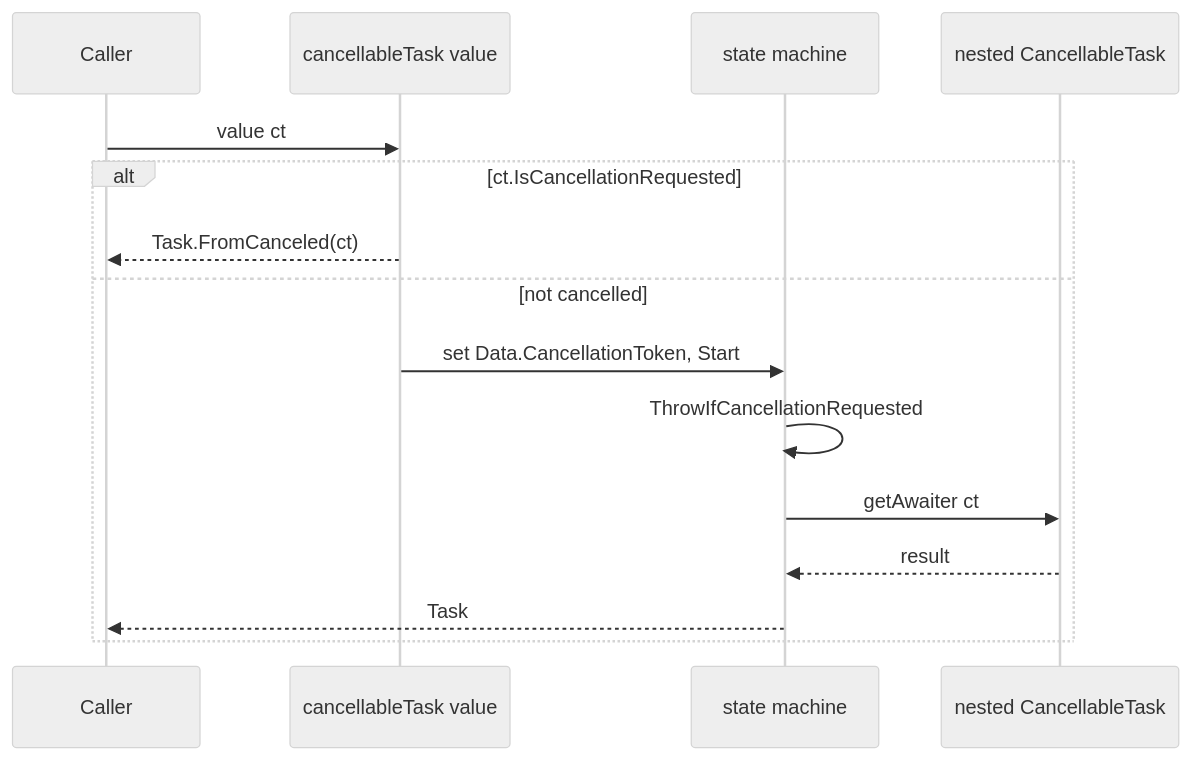
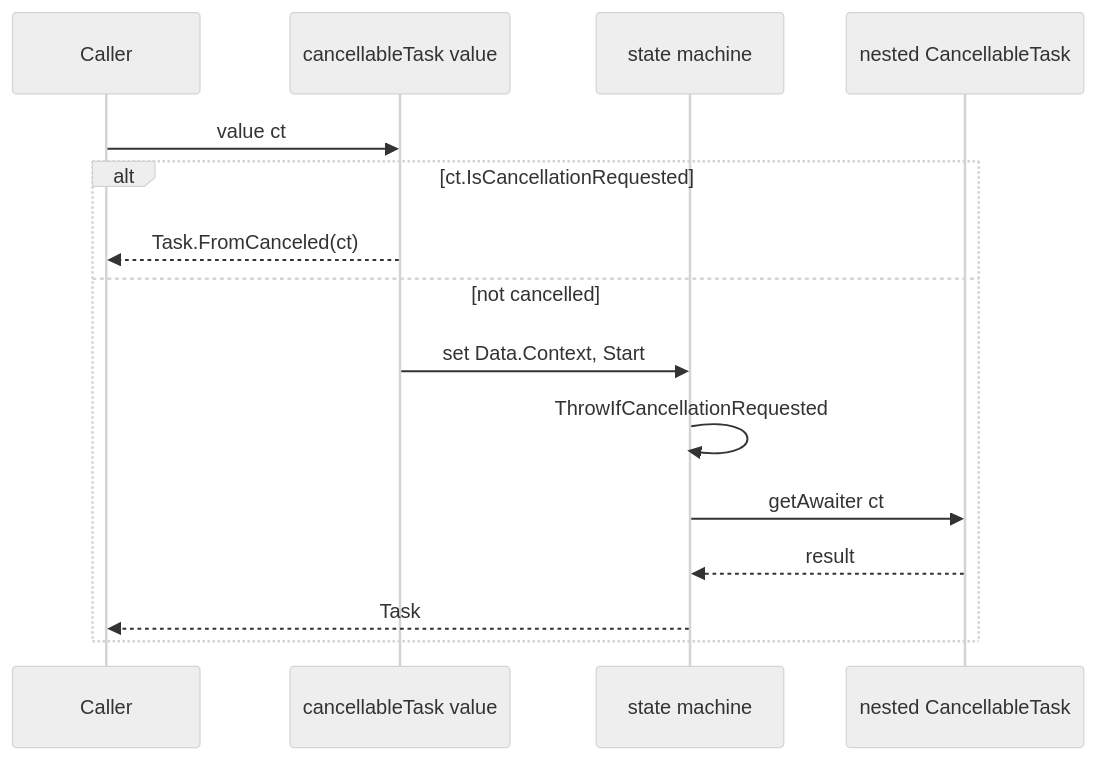
Before and after one commit to TheAngryByrd/IcedTasks: the diagram in lode/builders/cancellation-flow.md, drawn with Mermaid (neutral theme). The commit also changed other lines of this file and 9 other files, not shown here.

````diff
--- a/lode/builders/cancellation-flow.md
+++ b/lode/builders/cancellation-flow.md
@@ -27,17 +27,17 @@
 ```mermaid
 sequenceDiagram
     participant Caller
     participant CT as cancellableTask value
     participant SM as state machine
     participant Inner as nested CancellableTask
     Caller->>CT: value ct
     alt ct.IsCancellationRequested
         CT-->>Caller: Task.FromCanceled(ct)
     else not cancelled
-        CT->>SM: set Data.CancellationToken, Start
+        CT->>SM: set Data.Context, Start
         SM->>SM: ThrowIfCancellationRequested
         SM->>Inner: getAwaiter ct
         Inner-->>SM: result
         SM-->>Caller: Task
     end
 ```
````
